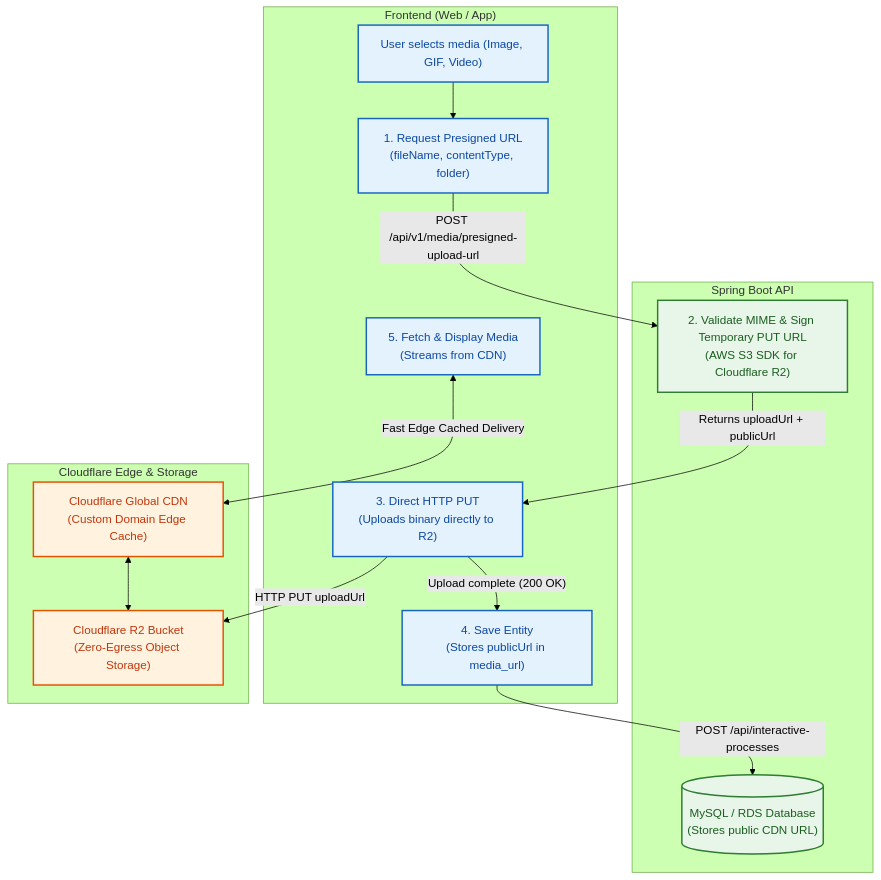
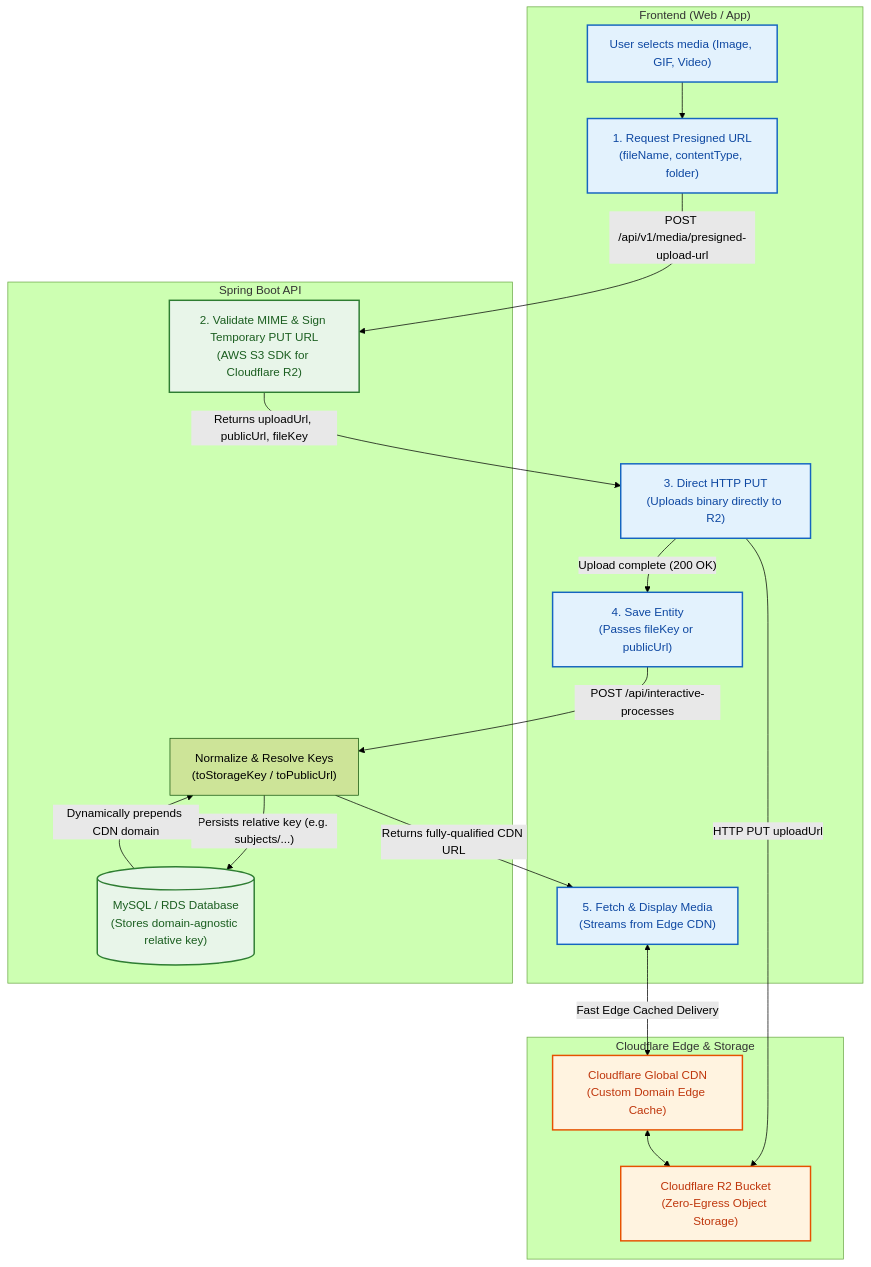
Before and after one commit to Vaishnav88sk/Backend_Aws: the diagram in docs/MEDIA_STORAGE_AND_R2_FLOW.md, drawn with Mermaid (forest theme). The commit also changed other lines of this file and 9 other files, not shown here.

Commit message:
refactor: implement relative storage key persistence and dynamic cdn resolution

````diff
--- a/docs/MEDIA_STORAGE_AND_R2_FLOW.md
+++ b/docs/MEDIA_STORAGE_AND_R2_FLOW.md
@@ -18,37 +18,41 @@
 ```mermaid
 flowchart TD
     subgraph Client ["Frontend (Web / App)"]
         User["User selects media (Image, GIF, Video)"]
         FE_Req["1. Request Presigned URL<br/>(fileName, contentType, folder)"]
         FE_Upload["3. Direct HTTP PUT<br/>(Uploads binary directly to R2)"]
-        FE_Save["4. Save Entity<br/>(Stores publicUrl in media_url)"]
-        FE_View["5. Fetch & Display Media<br/>(Streams from CDN)"]
+        FE_Save["4. Save Entity<br/>(Passes fileKey or publicUrl)"]
+        FE_View["5. Fetch & Display Media<br/>(Streams from Edge CDN)"]
     end
 
     subgraph Backend ["Spring Boot API"]
         BE_Sign["2. Validate MIME & Sign Temporary PUT URL<br/>(AWS S3 SDK for Cloudflare R2)"]
-        BE_DB[("MySQL / RDS Database<br/>(Stores public CDN URL)")]
+        BE_Norm["Normalize & Resolve Keys<br/>(toStorageKey / toPublicUrl)"]
+        BE_DB[("MySQL / RDS Database<br/>(Stores domain-agnostic relative key)")]
     end
 
     subgraph Cloudflare ["Cloudflare Edge & Storage"]
         R2["Cloudflare R2 Bucket<br/>(Zero-Egress Object Storage)"]
         CDN["Cloudflare Global CDN<br/>(Custom Domain Edge Cache)"]
     end
 
     User --> FE_Req
     FE_Req -->|"POST /api/v1/media/presigned-upload-url"| BE_Sign
-    BE_Sign -->|"Returns uploadUrl + publicUrl"| FE_Upload
+    BE_Sign -->|"Returns uploadUrl, publicUrl, fileKey"| FE_Upload
     FE_Upload -->|"HTTP PUT uploadUrl"| R2
     FE_Upload -->|"Upload complete (200 OK)"| FE_Save
-    FE_Save -->|"POST /api/interactive-processes"| BE_DB
+    FE_Save -->|"POST /api/interactive-processes"| BE_Norm
+    BE_Norm -->|"Persists relative key (e.g. subjects/...)"| BE_DB
+    BE_DB -->|"Dynamically prepends CDN domain"| BE_Norm
+    BE_Norm -->|"Returns fully-qualified CDN URL"| FE_View
     FE_View <-->|"Fast Edge Cached Delivery"| CDN
     CDN <--> R2
 
     classDef clientStyle fill:#e3f2fd,stroke:#1565c0,stroke-width:2px,color:#0d47a1;
     classDef backendStyle fill:#e8f5e9,stroke:#2e7d32,stroke-width:2px,color:#1b5e20;
     classDef cfStyle fill:#fff3e0,stroke:#e65100,stroke-width:2px,color:#bf360c;
 
     class User,FE_Req,FE_Upload,FE_Save,FE_View clientStyle;
     class BE_Sign,BE_DB backendStyle;
     class R2,CDN cfStyle;
 ```
````
